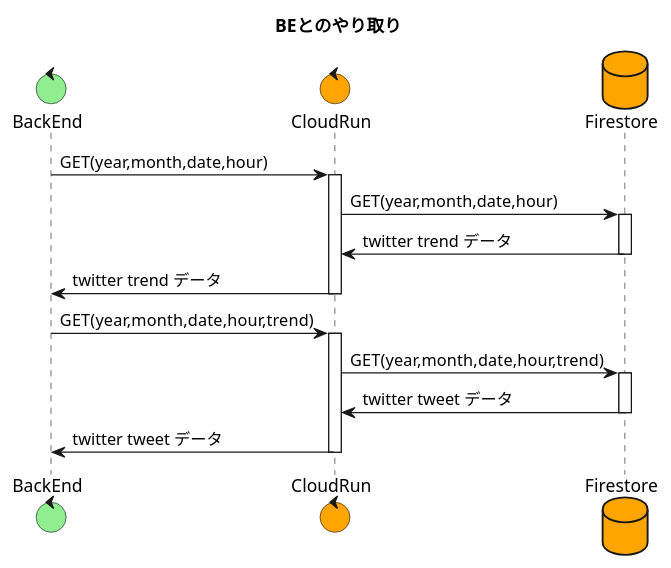
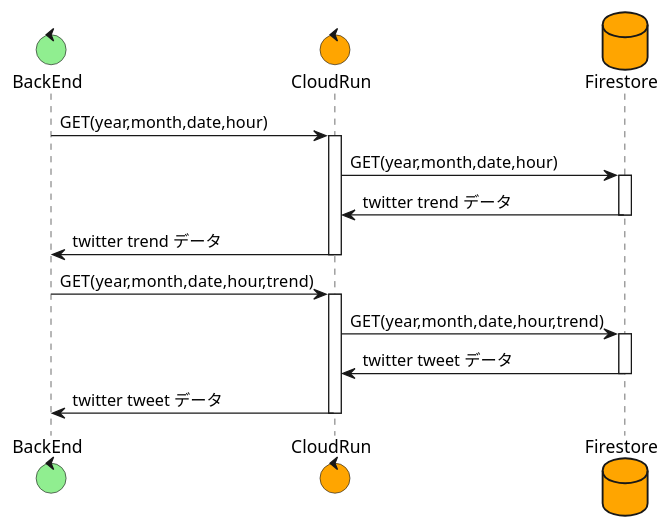
The diagram in diagrams/external.puml (kobatastu/tweet_collector), drawn with PlantUML before and after one commit. The commit also changed 4 other files, not shown here.

```diff
--- a/diagrams/external.puml
+++ b/diagrams/external.puml
@@ -1,22 +1,21 @@
 @startuml
-title BEとのやり取り
 control BackEnd #LightGreen
 control CloudRun #Orange
 database Firestore #Orange
 BackEnd -> CloudRun : GET(year,month,date,hour)
 activate CloudRun
 CloudRun -> Firestore : GET(year,month,date,hour)
 activate Firestore
 CloudRun <- Firestore : twitter trend データ
 deactivate Firestore
 BackEnd <- CloudRun : twitter trend データ
 deactivate CloudRun
 BackEnd -> CloudRun : GET(year,month,date,hour,trend)
 activate CloudRun
 CloudRun -> Firestore : GET(year,month,date,hour,trend)
 activate Firestore
 CloudRun <- Firestore : twitter tweet データ
 deactivate Firestore
 BackEnd <- CloudRun : twitter tweet データ
 deactivate CloudRun
 @enduml
```
